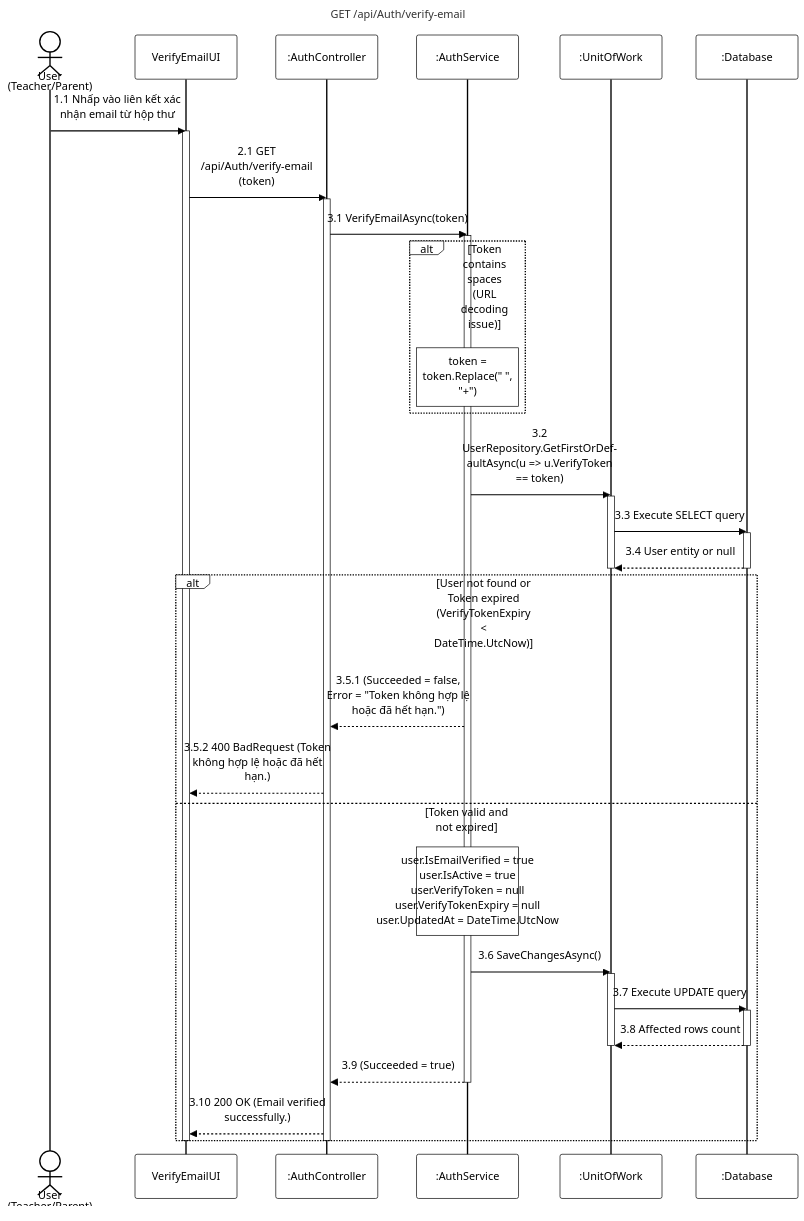
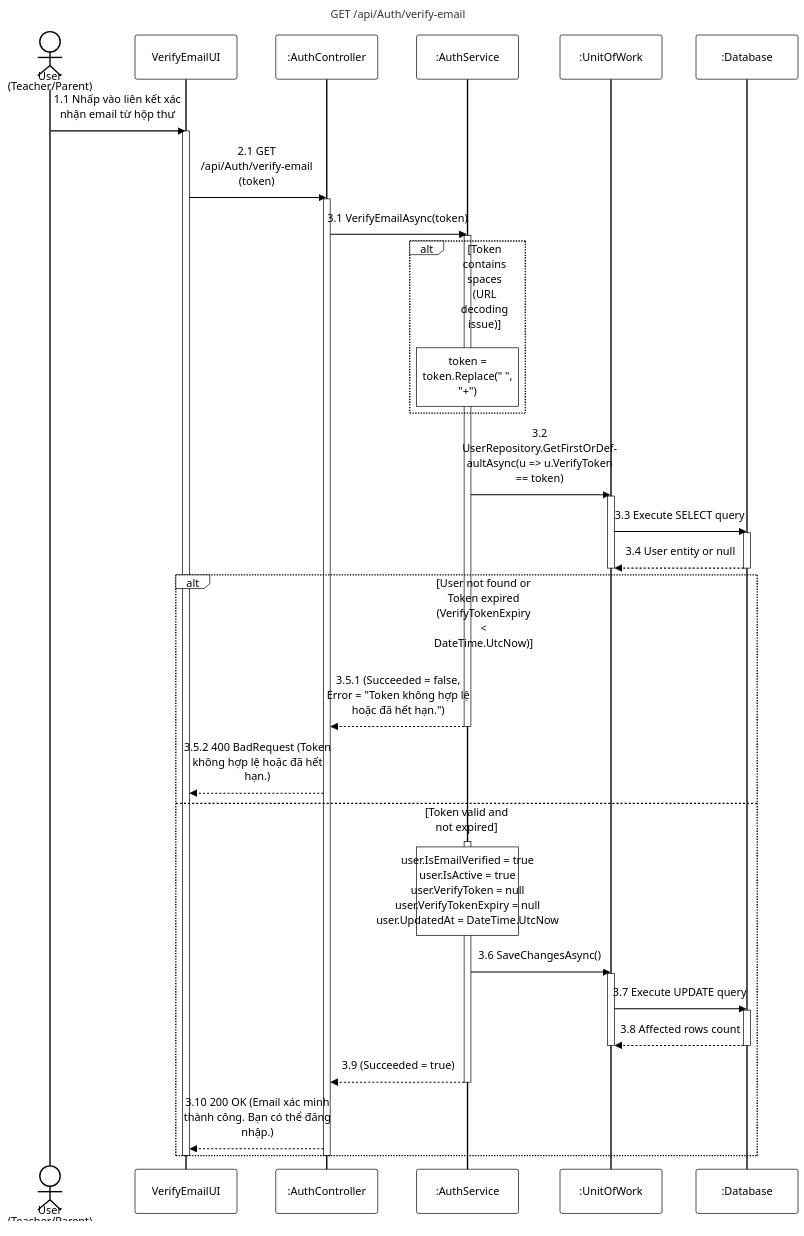
The diagram in 01-authentication/sequence-diagram/apis/verify-email.mmd (PhucAnDev/docx-diagram), drawn with Mermaid before and after one commit. The commit also changed 3 other files, not shown here.

```diff
--- a/01-authentication/sequence-diagram/apis/verify-email.mmd
+++ b/01-authentication/sequence-diagram/apis/verify-email.mmd
@@ -1,50 +1,52 @@
 %%{init: {'theme':'base', 'themeVariables': {'actorBkg':'#ffffff','actorBorder':'#000000','actorTextColor':'#000000','actorLineColor':'#000000','signalColor':'#000000','signalTextColor':'#000000','labelBoxBkgColor':'#ffffff','labelBoxBorderColor':'#000000','labelTextColor':'#000000','loopTextColor':'#000000','noteBkgColor':'#ffffff','noteBorderColor':'#000000','noteTextColor':'#000000','activationBorderColor':'#000000','activationBkgColor':'#ffffff','sequenceNumberColor':'#000000'}, 'sequence': {'width':150,'height':65,'actorFontSize':16,'messageFontSize':16,'wrap':true,'wrapPadding':10}}}%%
 sequenceDiagram
     title GET /api/Auth/verify-email
     actor User as User (Teacher/Parent)
     participant UI as VerifyEmailUI
     participant Endpoint as :AuthController
     participant Service as :AuthService
     participant DB as :UnitOfWork
     participant Database as :Database
 
     User->>UI: 1.1 Nhấp vào liên kết xác nhận email từ hộp thư
     activate UI
     UI->>Endpoint: 2.1 GET /api/Auth/verify-email (token)
     activate Endpoint
 
     Endpoint->>Service: 3.1 VerifyEmailAsync(token)
     activate Service
 
     alt Token contains spaces (URL decoding issue)
         note over Service: token = token.Replace(" ", "+")
     end
 
     Service->>DB: 3.2 UserRepository.GetFirstOrDefaultAsync(u => u.VerifyToken == token)
     activate DB
     DB->>Database: 3.3 Execute SELECT query
     activate Database
     Database-->>DB: 3.4 User entity or null
     deactivate Database
     deactivate DB
 
     alt User not found or Token expired (VerifyTokenExpiry < DateTime.UtcNow)
         Service-->>Endpoint: 3.5.1 (Succeeded = false, Error = "Token không hợp lệ hoặc đã hết hạn.")
+        deactivate Service
         Endpoint-->>UI: 3.5.2 400 BadRequest (Token không hợp lệ hoặc đã hết hạn.)
     else Token valid and not expired
+        activate Service
         note over Service: user.IsEmailVerified = true<br/>user.IsActive = true<br/>user.VerifyToken = null<br/>user.VerifyTokenExpiry = null<br/>user.UpdatedAt = DateTime.UtcNow
         
         Service->>DB: 3.6 SaveChangesAsync()
         activate DB
         DB->>Database: 3.7 Execute UPDATE query
         activate Database
         Database-->>DB: 3.8 Affected rows count
         deactivate Database
         deactivate DB
 
         Service-->>Endpoint: 3.9 (Succeeded = true)
         deactivate Service
-        Endpoint-->>UI: 3.10 200 OK (Email verified successfully.)
+        Endpoint-->>UI: 3.10 200 OK (Email xác minh thành công. Bạn có thể đăng nhập.)
     end
     deactivate Endpoint
     deactivate UI
```
